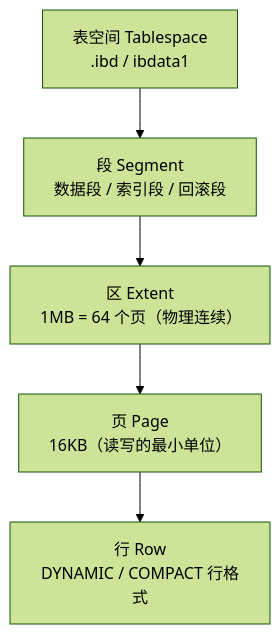
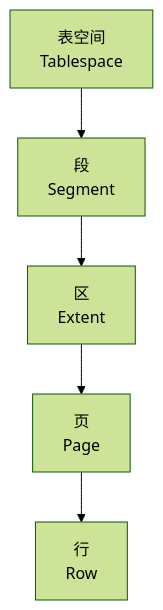
One commit to moropxin/learning changed the diagram in study/plans/MySQL/进阶篇/day1-存储引擎与InnoDB结构.md. Above: the diagram before and after it, drawn with Mermaid (forest theme). The commit also changed 3 other files, not shown here.

Commit message:
docs: 填入 Day4 实验记录表并新增 Day5（插入/主键/排序/分组优化）；收短 mermaid 节点文字避免裁切

````diff
--- a/study/plans/MySQL/进阶篇/day1-存储引擎与InnoDB结构.md
+++ b/study/plans/MySQL/进阶篇/day1-存储引擎与InnoDB结构.md
@@ -71,7 +71,7 @@
 ```mermaid
 flowchart TD
-    TS["表空间 Tablespace<br/>.ibd / ibdata1"] --> SG["段 Segment<br/>数据段 / 索引段 / 回滚段"]
-    SG --> EX["区 Extent<br/>1MB = 64 个页（物理连续）"]
-    EX --> PG["页 Page<br/>16KB（读写的最小单位）"]
-    PG --> RW["行 Row<br/>DYNAMIC / COMPACT 行格式"]
+    TS["表空间<br/>Tablespace"] --> SG["段<br/>Segment"]
+    SG --> EX["区<br/>Extent"]
+    EX --> PG["页<br/>Page"]
+    PG --> RW["行<br/>Row"]
 ```
````
